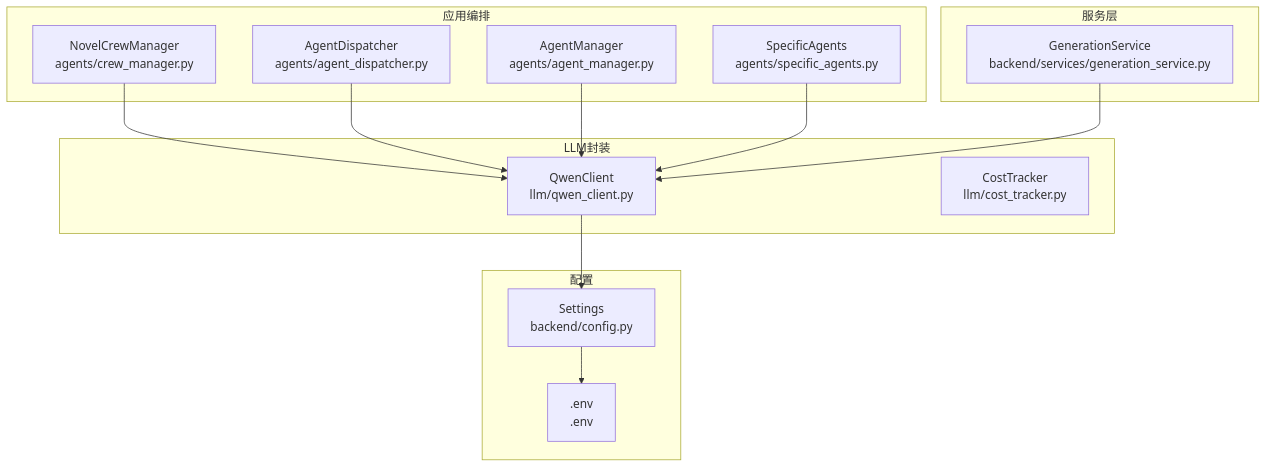
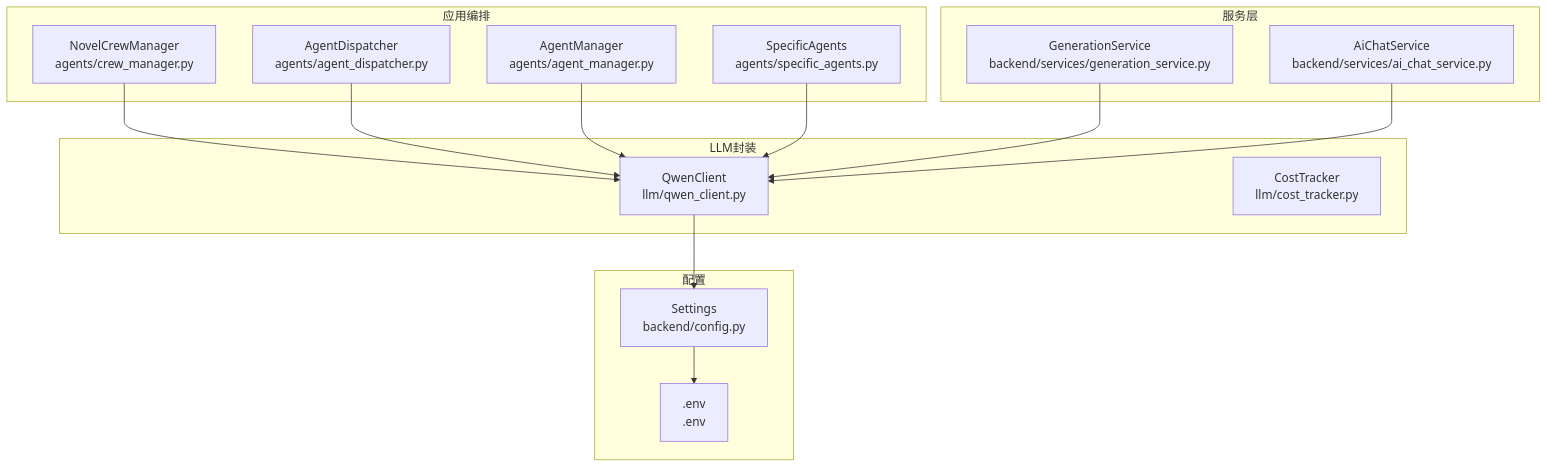
One commit to xfbyxq/ai-novel-system changed the first of 7 diagrams in .qoder/repowiki/zh/content/LLM集成架构/LLM客户端封装.md. Above: the diagram before and after it, drawn with Mermaid. The commit also changed other lines of this file and 23 other files, not shown here.

````diff
--- a/.qoder/repowiki/zh/content/LLM集成架构/LLM客户端封装.md
+++ b/.qoder/repowiki/zh/content/LLM集成架构/LLM客户端封装.md
@@ -47,27 +49,29 @@
 ```mermaid
 graph TB
 subgraph "LLM封装"
 QC["QwenClient<br/>llm/qwen_client.py"]
 CT["CostTracker<br/>llm/cost_tracker.py"]
 end
 subgraph "应用编排"
 CM["NovelCrewManager<br/>agents/crew_manager.py"]
 AD["AgentDispatcher<br/>agents/agent_dispatcher.py"]
 AM["AgentManager<br/>agents/agent_manager.py"]
 SA["SpecificAgents<br/>agents/specific_agents.py"]
 end
 subgraph "服务层"
 GS["GenerationService<br/>backend/services/generation_service.py"]
+ACS["AiChatService<br/>backend/services/ai_chat_service.py"]
 end
 subgraph "配置"
 CFG["Settings<br/>backend/config.py"]
 ENV[".env<br/>.env"]
 end
 CM --> QC
 AD --> QC
 AM --> QC
 SA --> QC
 GS --> QC
+ACS --> QC
 QC --> CFG
 CFG --> ENV
 ```
````
